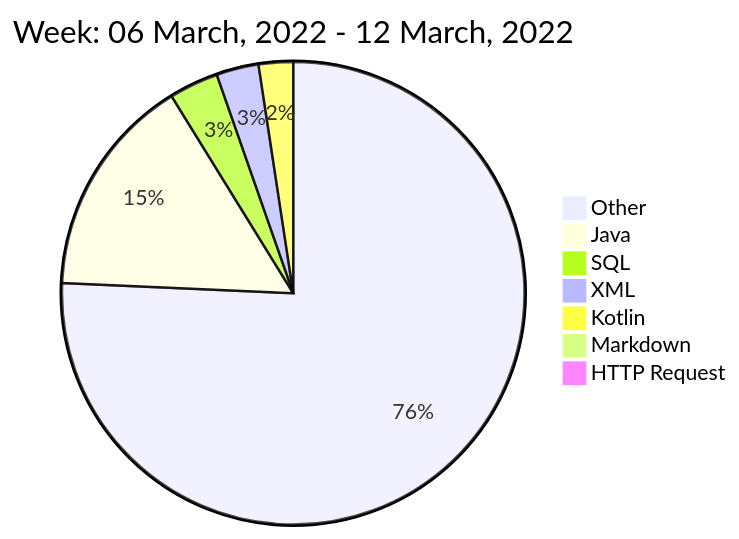
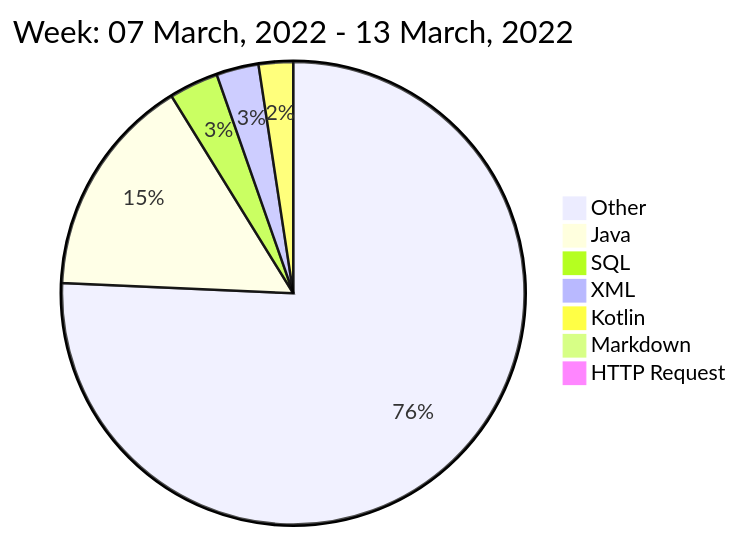
One commit to liubin95/liubin95 changed the diagram in README.md. Above: the diagram before and after it, drawn with Mermaid.

Commit message:
Updated the Graph with new Metrics

````diff
--- a/README.md
+++ b/README.md
@@ -42,11 +42,11 @@
 ```mermaid
  pie
-title Week: 06 March, 2022 - 12 March, 2022
+title Week: 07 March, 2022 - 13 March, 2022
  "Other" : 28.97
  "Java" : 5.93
  "SQL" : 1.32
  "XML" : 1.13
  "Kotlin" : 0.92
  "Markdown" : 0.03
  "HTTP Request" : 0.03
 ```
````
